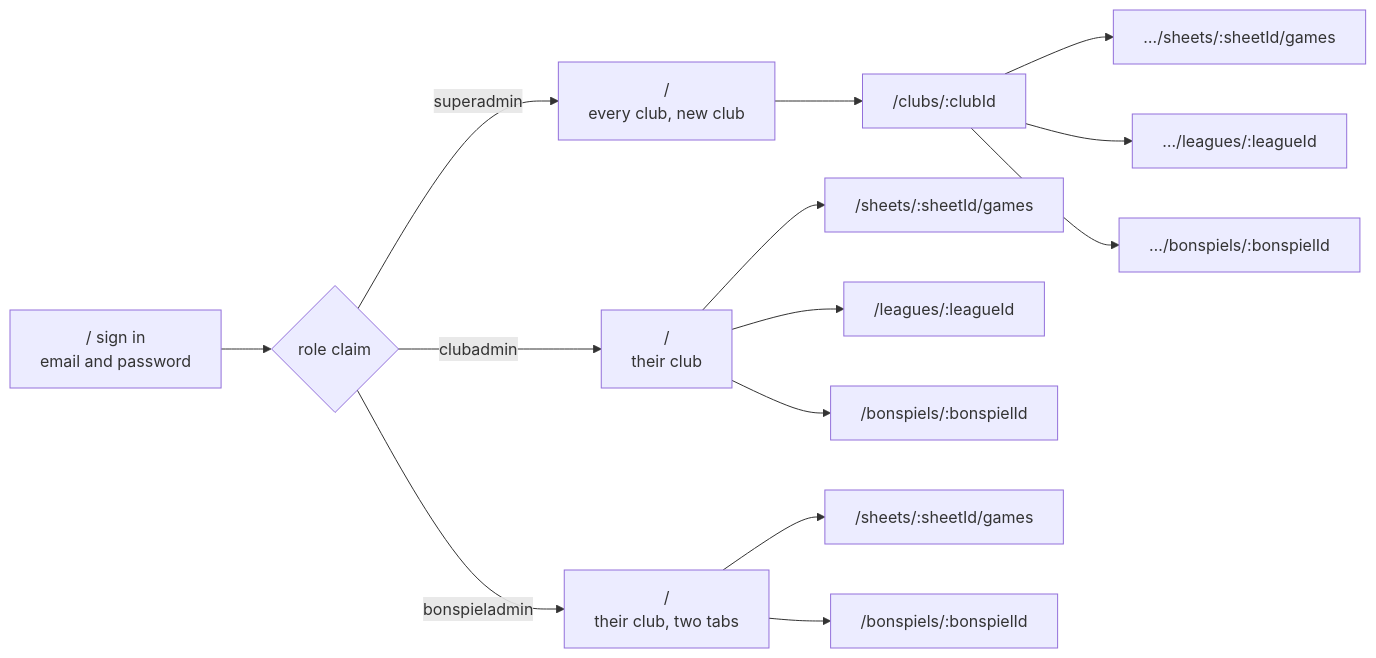
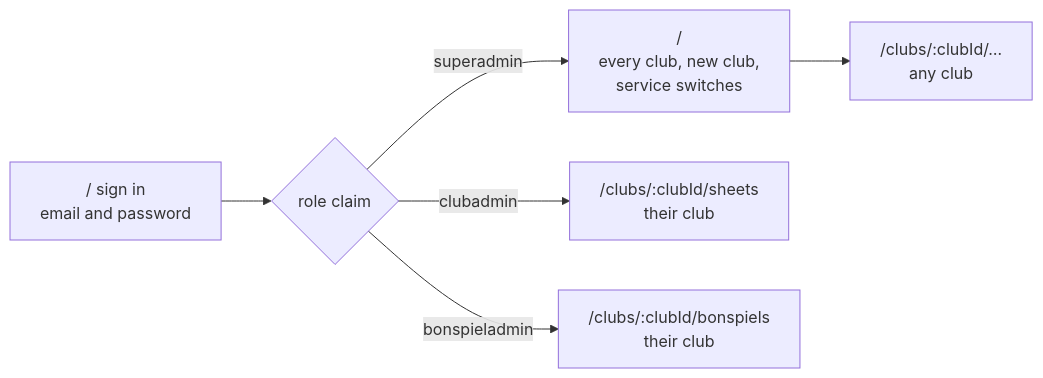
The first of 2 diagrams in docs/architecture/admin-portal.md (CloudgateStudios/curling_scoreboard), drawn with Mermaid before and after one commit. The commit also changed other lines of this file and 28 other files, not shown here.

First line of the commit message:
feat: a sidebar for each club, at the same address for every role (#418)

````diff
--- a/docs/architecture/admin-portal.md
+++ b/docs/architecture/admin-portal.md
@@ -11,16 +13,8 @@
 ```mermaid
 flowchart LR
   LOGIN["/ sign in<br/>email and password"] --> ROLE{"role claim"}
-  ROLE -- "superadmin" --> SA["/<br/>every club, new club"]
-  SA --> SA_CLUB["/clubs/:clubId"]
-  SA_CLUB --> SAG["…/sheets/:sheetId/games"]
-  SA_CLUB --> SAL["…/leagues/:leagueId"]
-  SA_CLUB --> SAB["…/bonspiels/:bonspielId"]
-  ROLE -- "clubadmin" --> CA["/<br/>their club"]
-  CA --> CAG["/sheets/:sheetId/games"]
-  CA --> CAL["/leagues/:leagueId"]
-  CA --> CAB["/bonspiels/:bonspielId"]
-  ROLE -- "bonspieladmin" --> BA["/<br/>their club, two tabs"]
-  BA --> BAG["/sheets/:sheetId/games"]
-  BA --> BAB["/bonspiels/:bonspielId"]
+  ROLE -- "superadmin" --> SA["/<br/>every club, new club,<br/>service switches"]
+  SA --> CLUB["/clubs/:clubId/…<br/>any club"]
+  ROLE -- "clubadmin" --> CA["/clubs/:clubId/sheets<br/>their club"]
+  ROLE -- "bonspieladmin" --> BA["/clubs/:clubId/bonspiels<br/>their club"]
 ```
````
